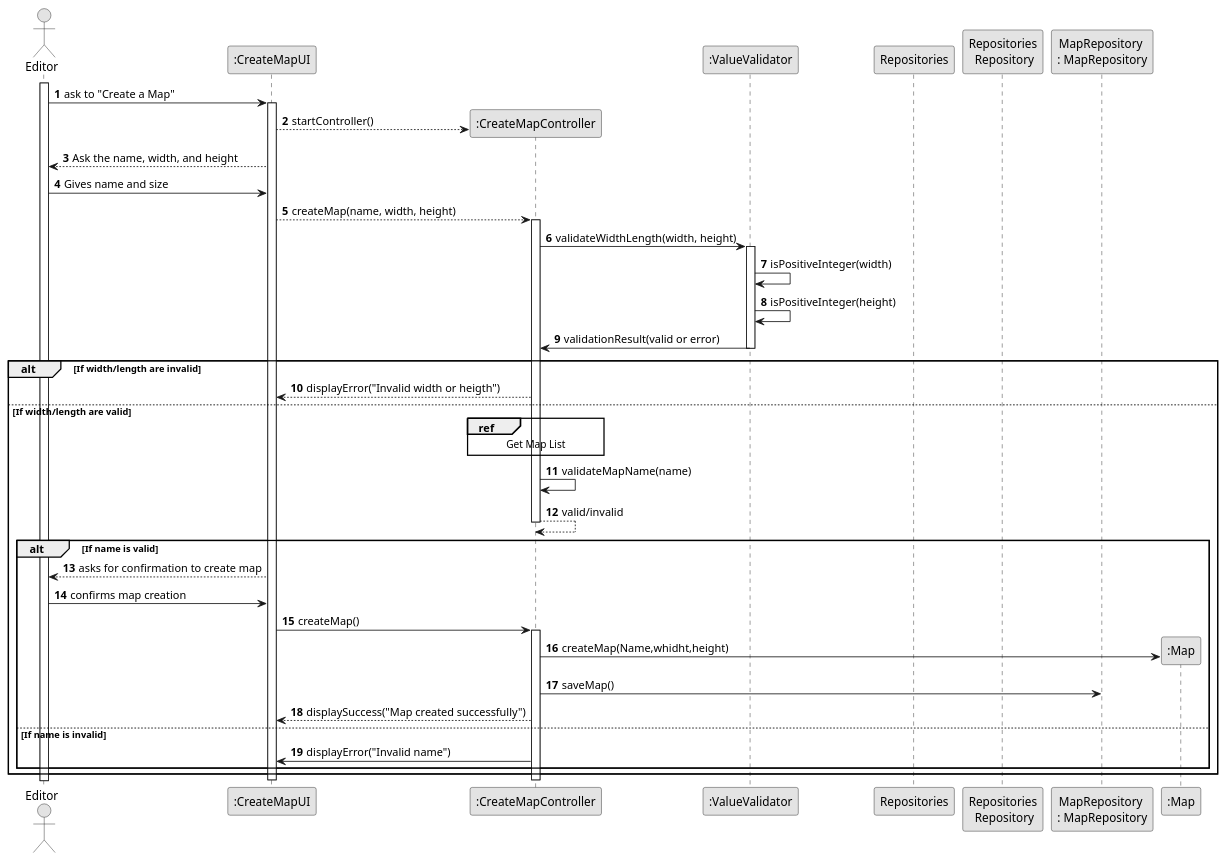
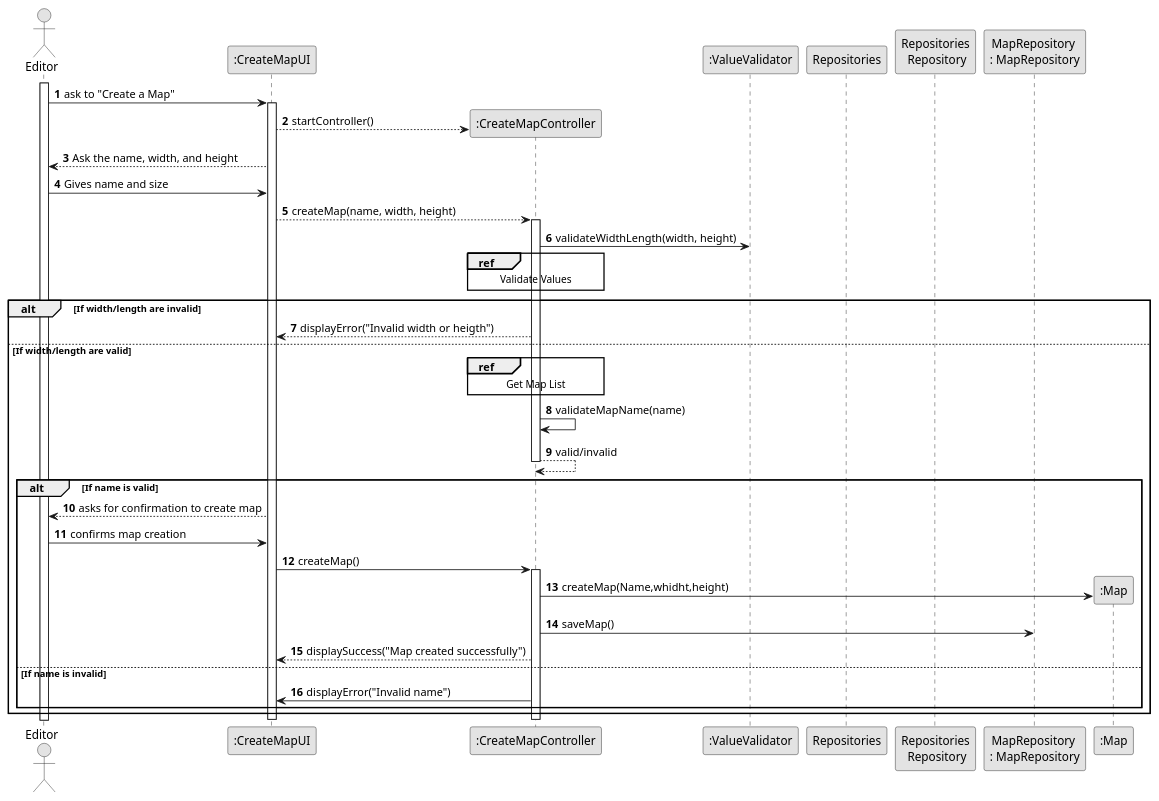
Before and after one commit to 1240826/empire-on-tracks: the diagram in docs/system-documentation/US001/03.design/puml/US001-SD-split.puml, drawn with PlantUML. The commit also changed 19 other files, not shown here.

```diff
--- a/docs/system-documentation/US001/03.design/puml/US001-SD-split.puml
+++ b/docs/system-documentation/US001/03.design/puml/US001-SD-split.puml
@@ -1,94 +1,91 @@
 @startuml
 skinparam monochrome true
 skinparam packageStyle rectangle
 skinparam shadowing false
 
 autonumber
 
 actor "Editor" as Employee
 participant ":CreateMapUI" as UI
 participant ":CreateMapController" as Controller
 participant ":ValueValidator" as Validator
 participant "Repositories" as Rep
 participant "Repositories\n Repository" as Repos
 participant "MapRepository \n: MapRepository" as Repository
 
 participant ":Map" as Map
 
 activate Employee
 
     Employee -> UI : ask to "Create a Map"
     activate UI
 
             UI --> Controller** : startController()
 
 
 
         UI --> Employee : Ask the name, width, and height
 
 
 
 
 
 
 
     Employee -> UI : Gives name and size
 
 
         UI --> Controller  : createMap(name, width, height)
         activate Controller
 
             Controller -> Validator : validateWidthLength(width, height)
-            activate Validator
-
-            Validator -> Validator : isPositiveInteger(width)
-            Validator -> Validator : isPositiveInteger(height)
-            Validator -> Controller : validationResult(valid or error)
-            deactivate Validator
+          ref over Controller
+          Validate Values
+          end ref
 
             alt If width/length are invalid
                 Controller --> UI : displayError("Invalid width or heigth")
 
 
             else If width/length are valid
 
             ref over Controller
                  Get Map List
             end ref
 
 
                 Controller -> Controller : validateMapName(name)
                 Controller-->Controller:valid/invalid
 
                 deactivate Controller
 
                 alt If name is valid
                     UI --> Employee : asks for confirmation to create map
 
 
                     Employee -> UI : confirms map creation
 
 
                     UI -> Controller: createMap()
                     activate Controller
 
                     Controller->Map**:createMap(Name,whidht,height)
 
 
 
 
 
                             Controller -> Repository : saveMap()
                         deactivate Repository
 
 
                     Controller --> UI : displaySuccess("Map created successfully")
                 else If name is invalid
                     Controller -> UI : displayError("Invalid name")
                 end
             end
 
         deactivate Controller
     deactivate UI
 
 @enduml
```
